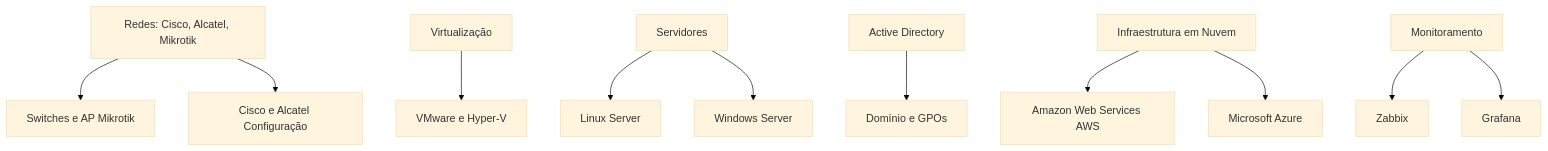
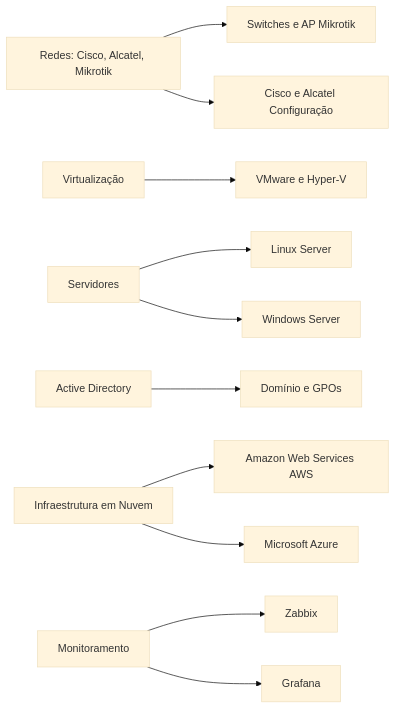
One commit to socialhiveconnect/Infraestrutura changed the diagram in intermediario/READ.md. Above: the diagram before and after it, drawn with Mermaid (base theme).

````diff
--- a/intermediario/READ.md
+++ b/intermediario/READ.md
@@ -7,13 +7,13 @@
 ```mermaid
-graph TD;
-    A[Redes: Cisco, Alcatel, Mikrotik] --> B[Switches e AP Mikrotik];
-    A --> C[Cisco e Alcatel Configuração];
-    D[Virtualização] --> E[VMware e Hyper-V];
-    F[Servidores] --> G[Linux Server];
-    F --> H[Windows Server];
-    I[Active Directory] --> J[Domínio e GPOs];
-    K[Infraestrutura em Nuvem] --> L[Amazon Web Services AWS];
-    K --> M[Microsoft Azure];
-    N[Monitoramento] --> O[Zabbix];
-    N --> P[Grafana];
+flowchart LR
+    A[Redes: Cisco, Alcatel, Mikrotik] --> B[Switches e AP Mikrotik]
+    A --> C[Cisco e Alcatel Configuração]
+    D[Virtualização] --> E[VMware e Hyper-V]
+    F[Servidores] --> G[Linux Server]
+    F --> H[Windows Server]
+    I[Active Directory] --> J[Domínio e GPOs]
+    K[Infraestrutura em Nuvem] --> L[Amazon Web Services AWS]
+    K --> M[Microsoft Azure]
+    N[Monitoramento] --> O[Zabbix]
+    N --> P[Grafana]
 ```
````
